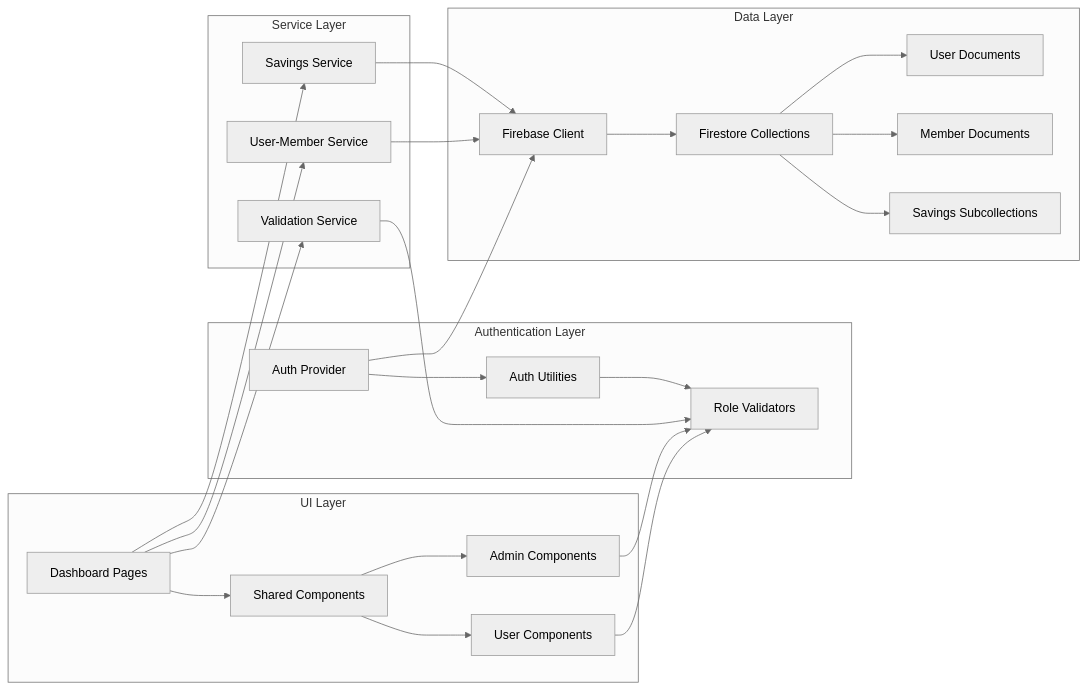
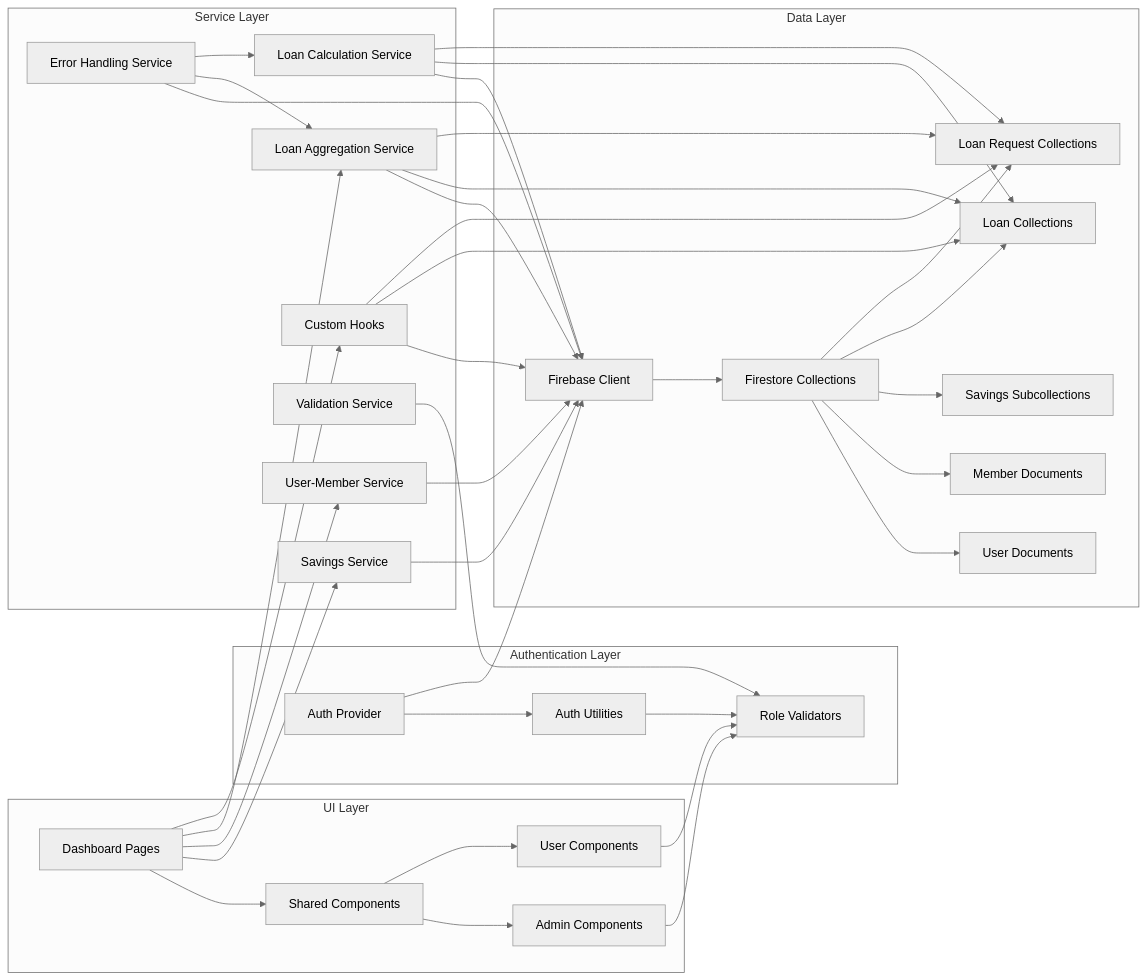
The tenth of 10 diagrams in .qoder/repowiki/en/content/Dashboard System.md (Unsure-bry/sampacoop_system), drawn with Mermaid (neutral theme) before and after one commit. The commit also changed other lines of this file and 24 other files, not shown here.

````diff
--- a/.qoder/repowiki/en/content/Dashboard System.md
+++ b/.qoder/repowiki/en/content/Dashboard System.md
@@ -249,29 +476,44 @@
 ```mermaid
 graph LR
 subgraph "Authentication Layer"
 A[Auth Provider] --> B[Auth Utilities]
 B --> C[Role Validators]
 end
 subgraph "Data Layer"
 D[Firebase Client] --> E[Firestore Collections]
 E --> F[User Documents]
 E --> G[Member Documents]
 E --> H[Savings Subcollections]
+E --> I[Loan Collections]
+E --> J[Loan Request Collections]
 end
 subgraph "UI Layer"
-I[Dashboard Pages] --> J[Shared Components]
-J --> K[Admin Components]
-J --> L[User Components]
+K[Dashboard Pages] --> L[Shared Components]
+L --> M[Admin Components]
+L --> N[User Components]
 end
 subgraph "Service Layer"
-M[Savings Service] --> D
-N[User-Member Service] --> D
-O[Validation Service] --> C
+O[Savings Service] --> D
+P[User-Member Service] --> D
+Q[Loan Aggregation Service] --> D
+R[Custom Hooks] --> D
+S[Validation Service] --> C
+T[Loan Calculation Service] --> D
+U[Error Handling Service] --> D
 end
 A --> D
-I --> M
-I --> N
-I --> O
-K --> C
-L --> C
+K --> O
+K --> P
+K --> Q
+K --> R
+M --> C
+N --> C
+Q --> I
+Q --> J
+R --> I
+R --> J
+T --> I
+T --> J
+U --> Q
+U --> T
 ```
````
